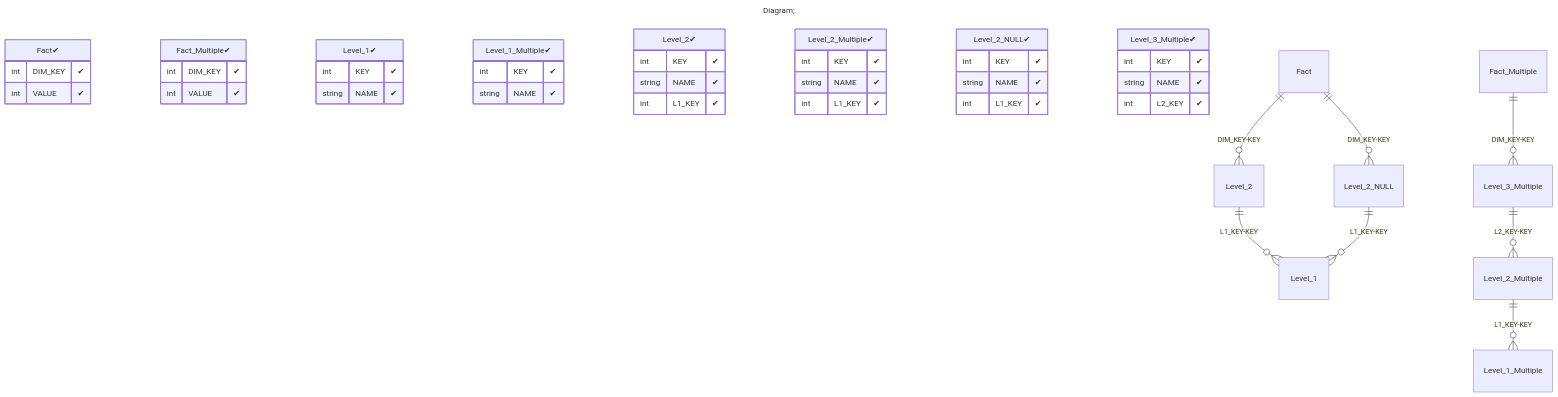
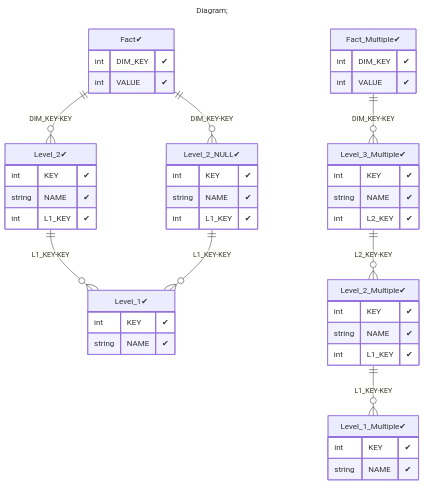
The fifth of 5 diagrams in demo/server/catalogs/min_Level_hideMemberIf/README.MD (xmla-services/workground), drawn with Mermaid before and after one commit. The commit also changed 16 other files, not shown here.

Commit message:
tutorials. add flags (positive, negative) in database diagram Signed-off-by: dbulahov <bulahovdenis@gmail.com>

````diff
--- a/demo/server/catalogs/min_Level_hideMemberIf/README.MD
+++ b/demo/server/catalogs/min_Level_hideMemberIf/README.MD
@@ -226,50 +226,50 @@
 ```mermaid
 ---
 title: Diagram;
 ---
 erDiagram
 "Fact✔"{
 int DIM_KEY "✔"
 int VALUE "✔"
 }
 "Fact_Multiple✔"{
 int DIM_KEY "✔"
 int VALUE "✔"
 }
 "Level_1✔"{
 int KEY "✔"
 string NAME "✔"
 }
 "Level_1_Multiple✔"{
 int KEY "✔"
 string NAME "✔"
 }
 "Level_2✔"{
 int KEY "✔"
 string NAME "✔"
 int L1_KEY "✔"
 }
 "Level_2_Multiple✔"{
 int KEY "✔"
 string NAME "✔"
 int L1_KEY "✔"
 }
 "Level_2_NULL✔"{
 int KEY "✔"
 string NAME "✔"
 int L1_KEY "✔"
 }
 "Level_3_Multiple✔"{
 int KEY "✔"
 string NAME "✔"
 int L2_KEY "✔"
 }
 
-"Fact" ||--o{ "Level_2" : "DIM_KEY-KEY"
-"Level_2" ||--o{ "Level_1" : "L1_KEY-KEY"
-"Fact" ||--o{ "Level_2_NULL" : "DIM_KEY-KEY"
-"Level_2_NULL" ||--o{ "Level_1" : "L1_KEY-KEY"
-"Fact_Multiple" ||--o{ "Level_3_Multiple" : "DIM_KEY-KEY"
-"Level_3_Multiple" ||--o{ "Level_2_Multiple" : "L2_KEY-KEY"
-"Level_2_Multiple" ||--o{ "Level_1_Multiple" : "L1_KEY-KEY"
+"Fact✔" ||--o{ "Level_2✔" : "DIM_KEY-KEY"
+"Level_2✔" ||--o{ "Level_1✔" : "L1_KEY-KEY"
+"Fact✔" ||--o{ "Level_2_NULL✔" : "DIM_KEY-KEY"
+"Level_2_NULL✔" ||--o{ "Level_1✔" : "L1_KEY-KEY"
+"Fact_Multiple✔" ||--o{ "Level_3_Multiple✔" : "DIM_KEY-KEY"
+"Level_3_Multiple✔" ||--o{ "Level_2_Multiple✔" : "L2_KEY-KEY"
+"Level_2_Multiple✔" ||--o{ "Level_1_Multiple✔" : "L1_KEY-KEY"
 ```
````
